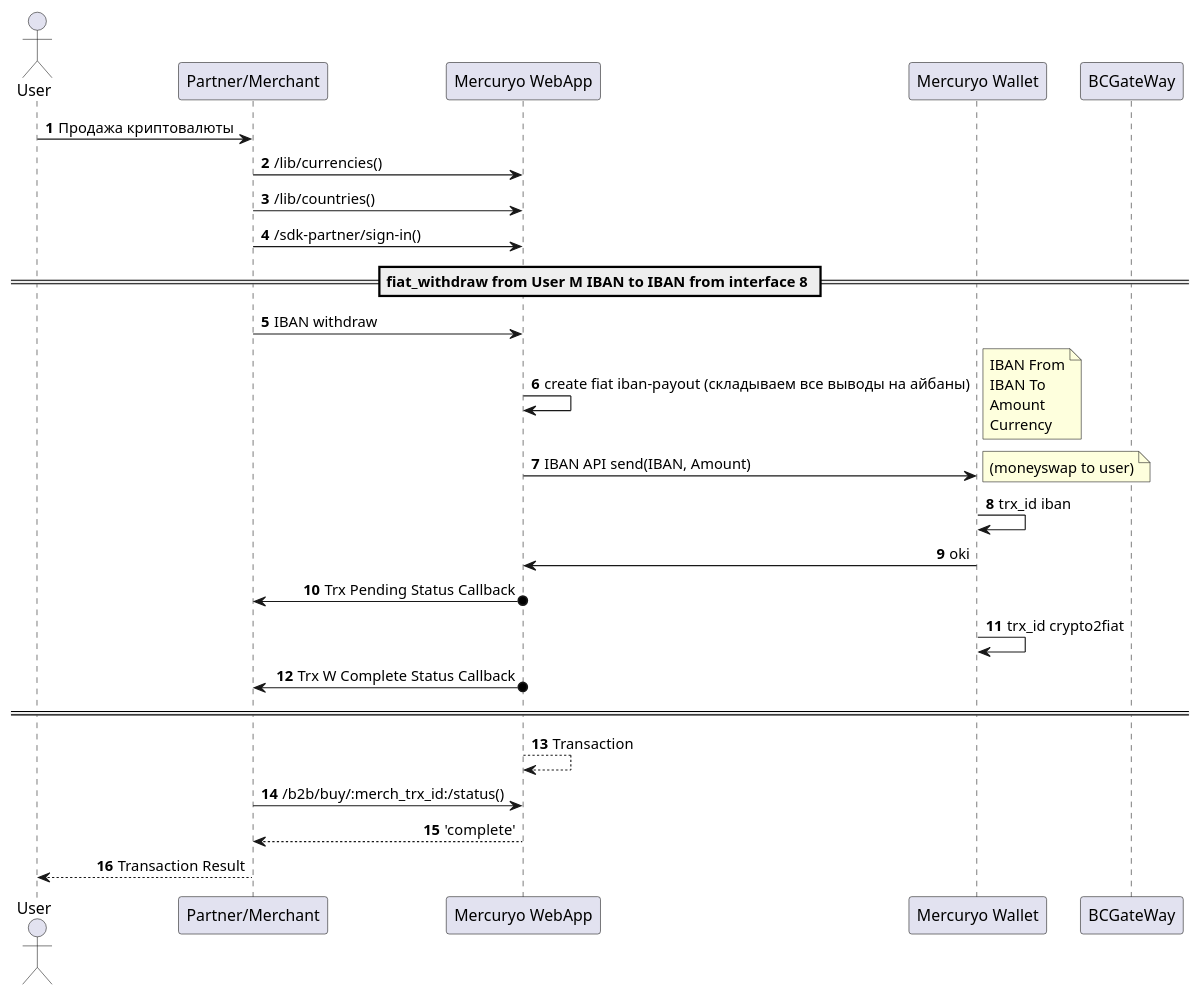
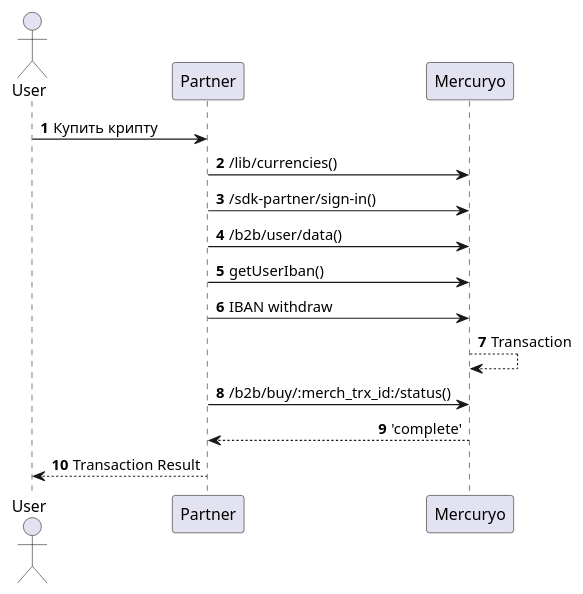
The diagram in 8 fiat withdraw/:b2b:iban:withdraw.puml (mercuryoio/BAAS-API), drawn with PlantUML before and after one commit. The commit also changed 5 other files, not shown here.

```diff
--- a/8 fiat withdraw/:b2b:iban:withdraw.puml
+++ b/8 fiat withdraw/:b2b:iban:withdraw.puml
@@ -1,45 +1,26 @@
 @startuml
 ' This UML source uses PlantUML format.
 ' https://plantuml.com/sequence-diagram for syntax details.
 ' Optional styles
 
 skinparam shadowing false
 skinparam SequenceMessageAlign direction
 
 autonumber
 
 actor User as user
-participant "Partner/Merchant" as part
-participant "Mercuryo WebApp" as merc
-participant "Mercuryo Wallet" as wall
-participant "BCGateWay" as bc
+participant "Partner" as part
+participant "Mercuryo" as merc
 
-user -> part: Продажа криптовалюты
+user -> part: Купить крипту
 part -> merc: /lib/currencies()
-part -> merc: /lib/countries()
 part -> merc: /sdk-partner/sign-in()
-== fiat_withdraw from User M IBAN to IBAN from interface 8 ==
+part -> merc: /b2b/user/data()
+part -> merc: getUserIban()
 part -> merc: IBAN withdraw
-merc -> merc: create fiat iban-payout (складываем все выводы на айбаны)
-note right
- IBAN From
- IBAN To
- Amount
- Currency
-end note
-merc -> wall: IBAN API send(IBAN, Amount)
-note right
- (moneyswap to user)
-end note
-wall -> wall: trx_id iban
-wall -> merc: oki
-merc o-> part: Trx Pending Status Callback
-wall -> wall: trx_id crypto2fiat
-merc o-> part: Trx W Complete Status Callback
-====
 merc --> merc: Transaction
 part -> merc: /b2b/buy/:merch_trx_id:/status()
 merc --> part: 'complete'
 part --> user: Transaction Result
 
 @enduml
```
